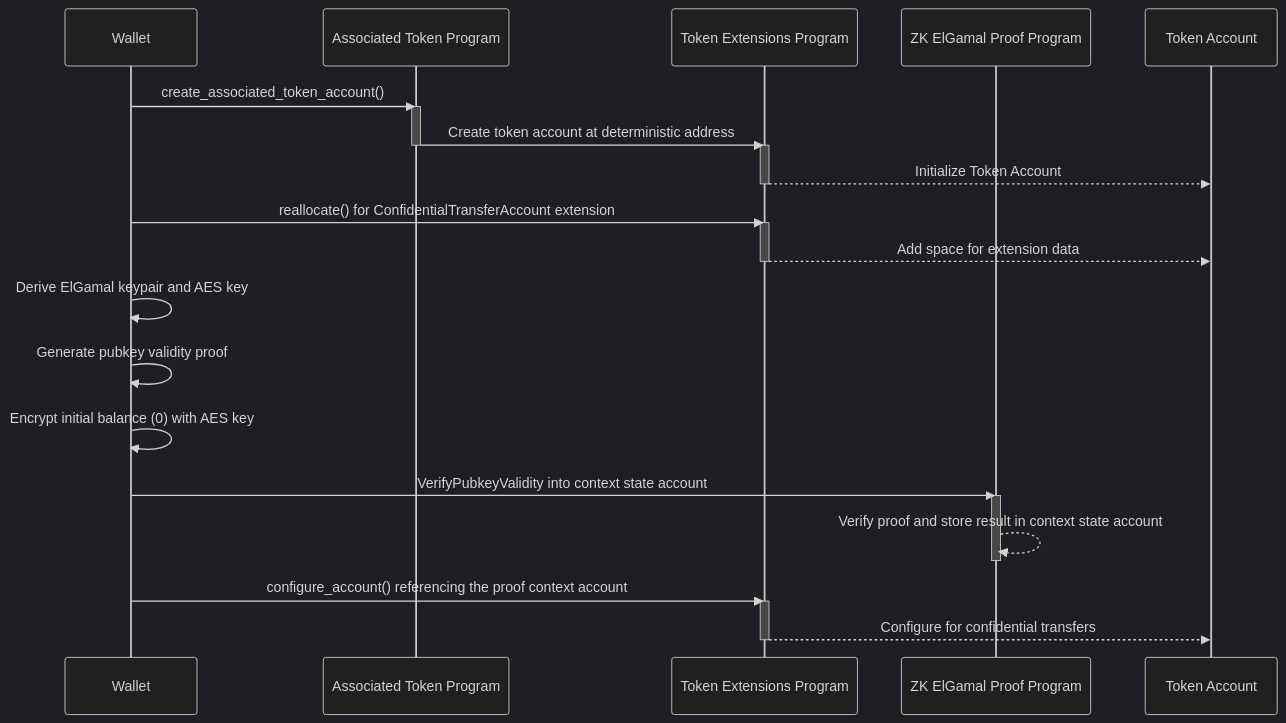
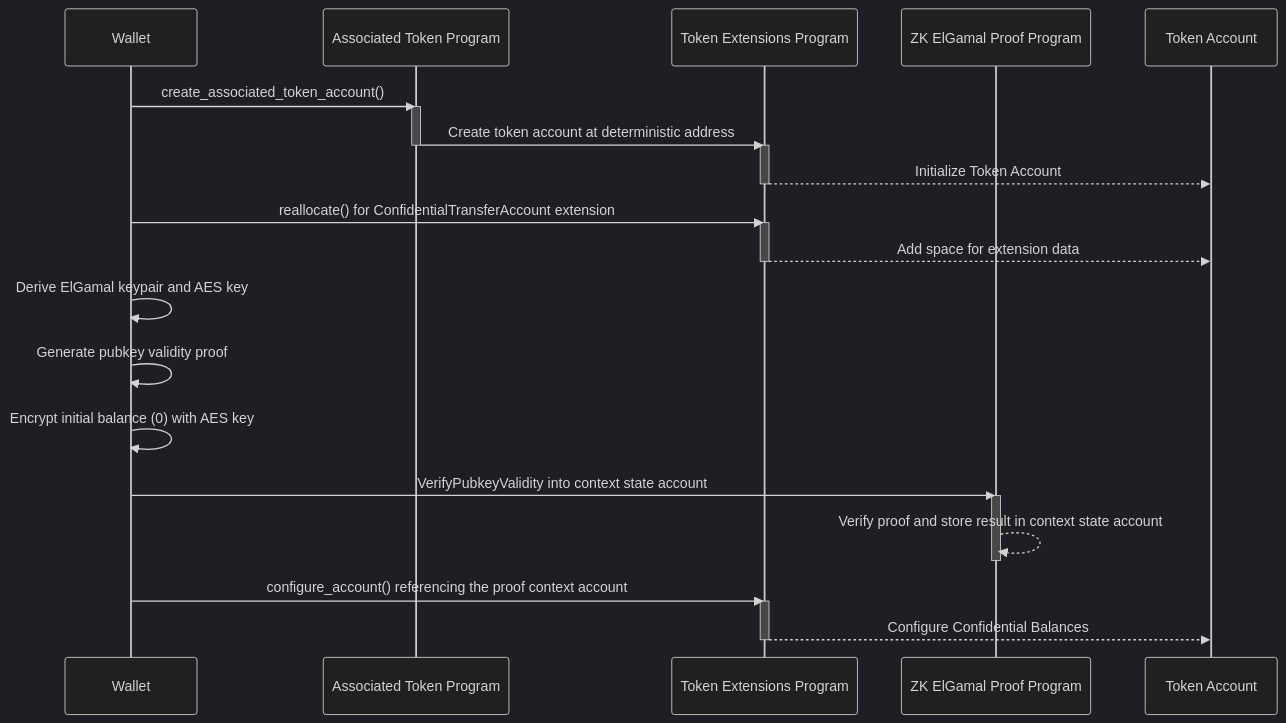
The diagram in apps/docs/content/docs/en/tokens/extensions/confidential-transfer/create-token-account.mdx (solana-foundation/solana-com), drawn with Mermaid (dark theme) before and after one commit. The commit also changed other lines of this file and 14 other files, not shown here.

Commit message:
docs: standardize Confidential Balances terminology

````diff
--- a/apps/docs/content/docs/en/tokens/extensions/confidential-transfer/create-token-account.mdx
+++ b/apps/docs/content/docs/en/tokens/extensions/confidential-transfer/create-token-account.mdx
@@ -16,35 +16,35 @@
-```mermaid title="Create Token Account with Confidential Transfer Extension"
+```mermaid title="Create Token Account with Confidential Balances"
 sequenceDiagram
     participant Payer as Wallet
     participant ATA as Associated Token Program
     participant Token22 as Token Extensions Program
     participant ZK as ZK ElGamal Proof Program
     participant TokenAccount as Token Account
 
     Payer->>ATA: create_associated_token_account()
     activate ATA
     ATA->>Token22: Create token account at deterministic address
     deactivate ATA
     activate Token22
     Token22-->>TokenAccount: Initialize Token Account
     deactivate Token22
 
     Payer->>Token22: reallocate() for ConfidentialTransferAccount extension
     activate Token22
     Token22-->>TokenAccount: Add space for extension data
     deactivate Token22
 
     Payer->>Payer: Derive ElGamal keypair and AES key
     Payer->>Payer: Generate pubkey validity proof
     Payer->>Payer: Encrypt initial balance (0) with AES key
 
     Payer->>ZK: VerifyPubkeyValidity into context state account
     activate ZK
     ZK-->>ZK: Verify proof and store result in context state account
     deactivate ZK
 
     Payer->>Token22: configure_account() referencing the proof context account
     activate Token22
-    Token22-->>TokenAccount: Configure for confidential transfers
+    Token22-->>TokenAccount: Configure Confidential Balances
     deactivate Token22
 ```
````
